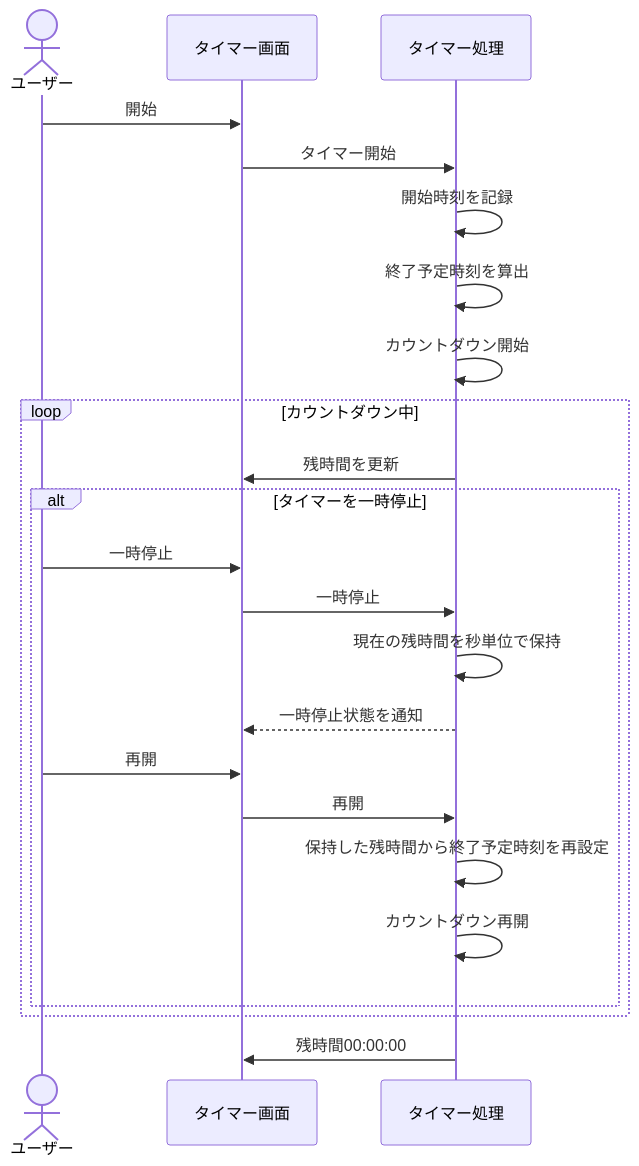
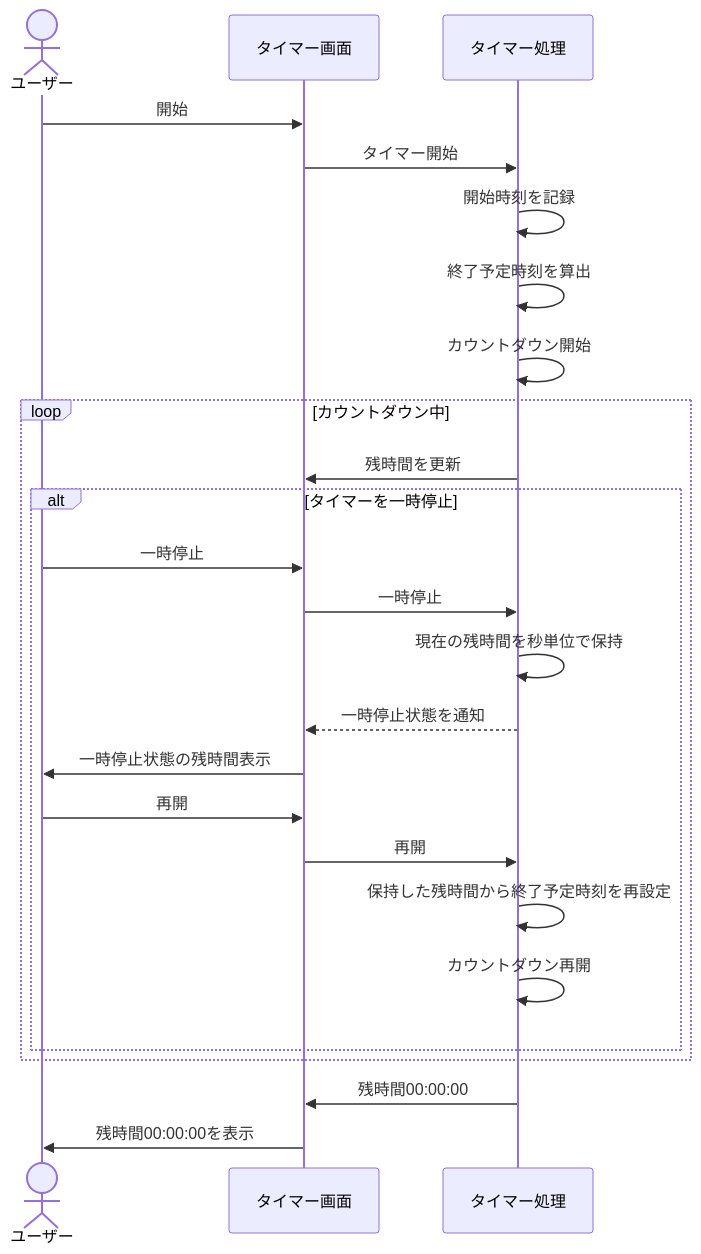
Before and after one commit to shun62201234-crypto/timerApplication: the second of 5 diagrams in document/設計/シーケンス図/タイマーシーケンス図.md, drawn with Mermaid. The commit also changed other lines of this file and 3 other files, not shown here.

````diff
--- a/document/設計/シーケンス図/タイマーシーケンス図.md
+++ b/document/設計/シーケンス図/タイマーシーケンス図.md
@@ -49,30 +54,32 @@
 ```mermaid
 sequenceDiagram
     actor ユーザー
     participant UI as タイマー画面
     participant Timer as タイマー処理
 
     ユーザー->>UI: 開始
     UI->>Timer: タイマー開始
     Timer->>Timer: 開始時刻を記録
     Timer->>Timer: 終了予定時刻を算出
     Timer->>Timer: カウントダウン開始
 
     loop カウントダウン中
         Timer->>UI: 残時間を更新
 
         alt タイマーを一時停止
             ユーザー->>UI: 一時停止
             UI->>Timer: 一時停止
             Timer->>Timer: 現在の残時間を秒単位で保持
             Timer-->>UI: 一時停止状態を通知
+            UI->>ユーザー: 一時停止状態の残時間表示
 
             ユーザー->>UI: 再開
             UI->>Timer: 再開
             Timer->>Timer: 保持した残時間から終了予定時刻を再設定
             Timer->>Timer: カウントダウン再開
         end
     end
 
     Timer->>UI: 残時間00:00:00
+    UI->>ユーザー:残時間00:00:00を表示
 ```
````
